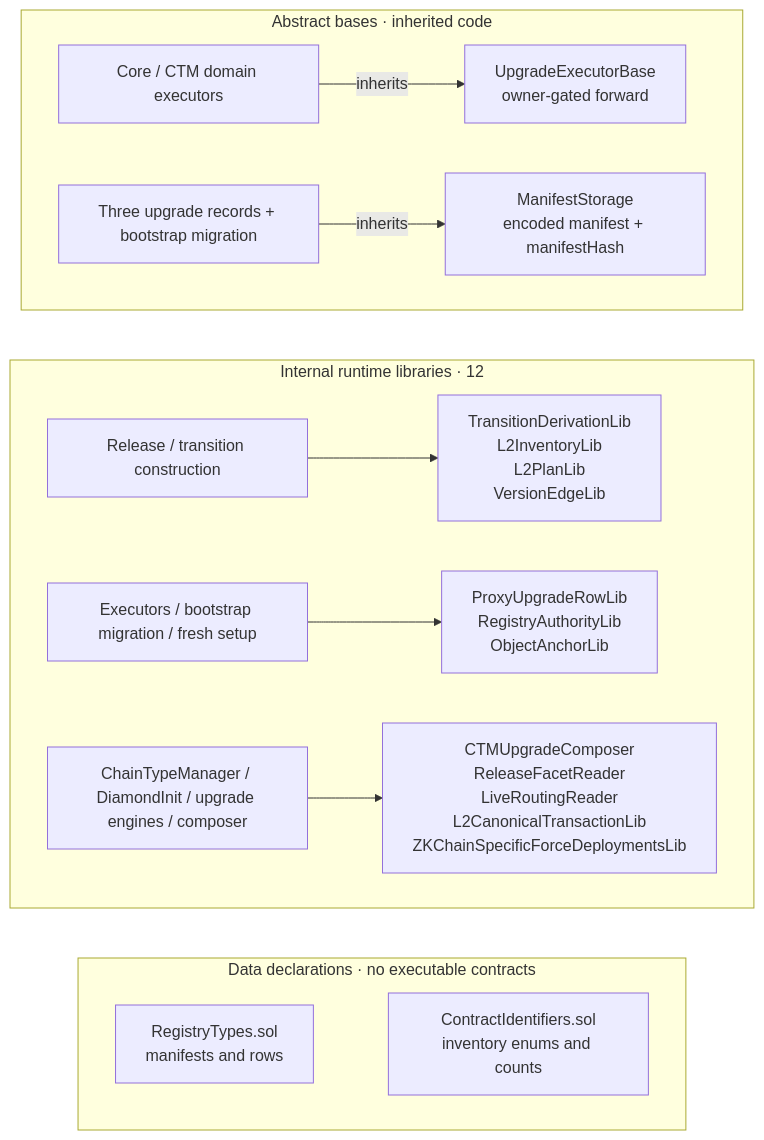
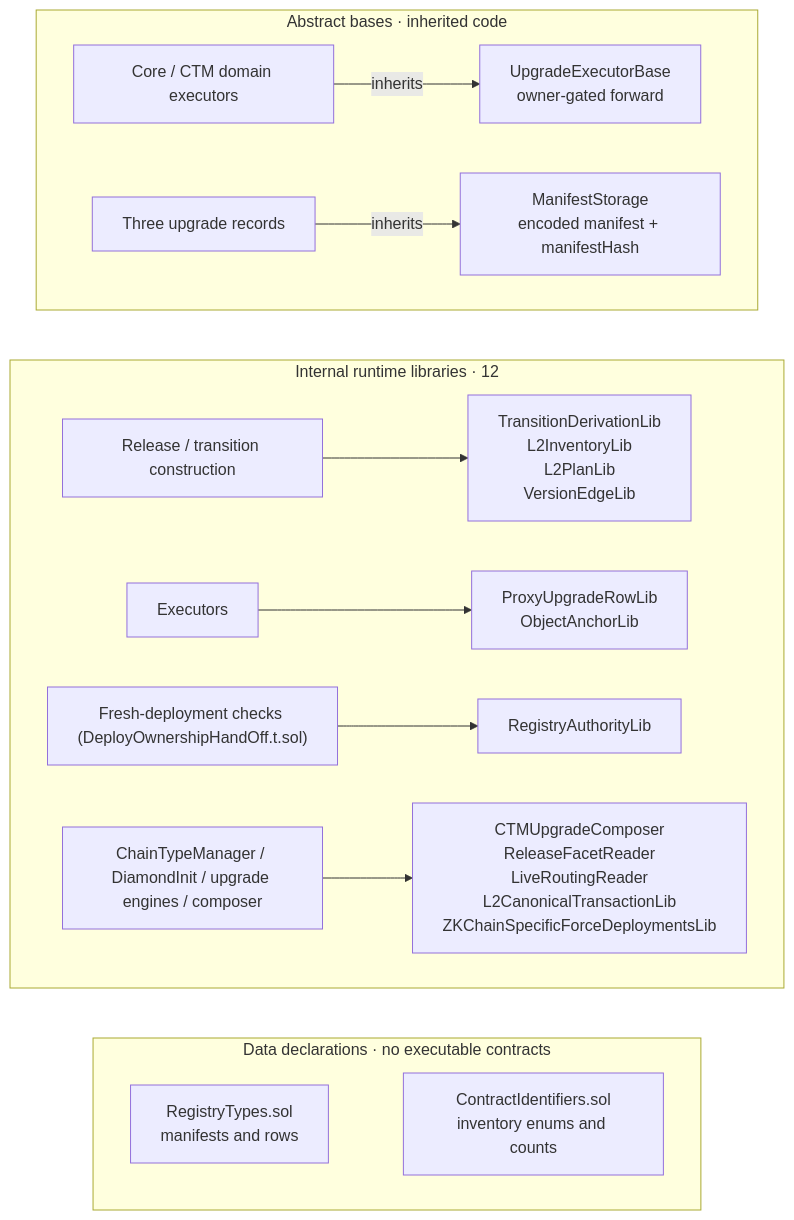
The second of 3 diagrams in README.md (matter-labs/era-contracts), drawn with Mermaid before and after one commit. The commit also changed other lines of this file and 151 other files, not shown here.

````diff
--- a/README.md
+++ b/README.md
@@ -142,32 +104,35 @@
 ```mermaid
 flowchart TB
     subgraph BASES["Abstract bases · inherited code"]
         direction LR
         DOMAINCALLER["Core / CTM domain executors"]
-        RECORDS["Three upgrade records + bootstrap migration"]
+        RECORDS["Three upgrade records"]
         UBASE["UpgradeExecutorBase<br/>owner-gated forward"]
         MBASE["ManifestStorage<br/>encoded manifest + manifestHash"]
         DOMAINCALLER -->|"inherits"| UBASE
         RECORDS -->|"inherits"| MBASE
     end
     subgraph HELPERS["Internal runtime libraries · 12"]
         direction LR
         DERIVECALLERS["Release / transition construction"]
-        APPLYCALLERS["Executors / bootstrap migration / fresh setup"]
+        APPLYCALLERS["Executors"]
+        SHAPECALLERS["Fresh-deployment checks (DeployOwnershipHandOff.t.sol)"]
         CHAINCALLERS["ChainTypeManager / DiamondInit / upgrade engines / composer"]
         DERIVE["TransitionDerivationLib<br/>L2InventoryLib<br/>L2PlanLib<br/>VersionEdgeLib"]
-        APPLY["ProxyUpgradeRowLib<br/>RegistryAuthorityLib<br/>ObjectAnchorLib"]
+        APPLY["ProxyUpgradeRowLib<br/>ObjectAnchorLib"]
+        SHAPE["RegistryAuthorityLib"]
         CHAINCODE["CTMUpgradeComposer<br/>ReleaseFacetReader<br/>LiveRoutingReader<br/>L2CanonicalTransactionLib<br/>ZKChainSpecificForceDeploymentsLib"]
         DERIVECALLERS --> DERIVE
         APPLYCALLERS --> APPLY
+        SHAPECALLERS --> SHAPE
         CHAINCALLERS --> CHAINCODE
     end
     subgraph DATA["Data declarations · no executable contracts"]
         direction LR
         TYPES["RegistryTypes.sol<br/>manifests and rows"]
         IDS["ContractIdentifiers.sol<br/>inventory enums and counts"]
         TYPES ~~~ IDS
     end
     BASES ~~~ HELPERS
     HELPERS ~~~ DATA
 ```
````
